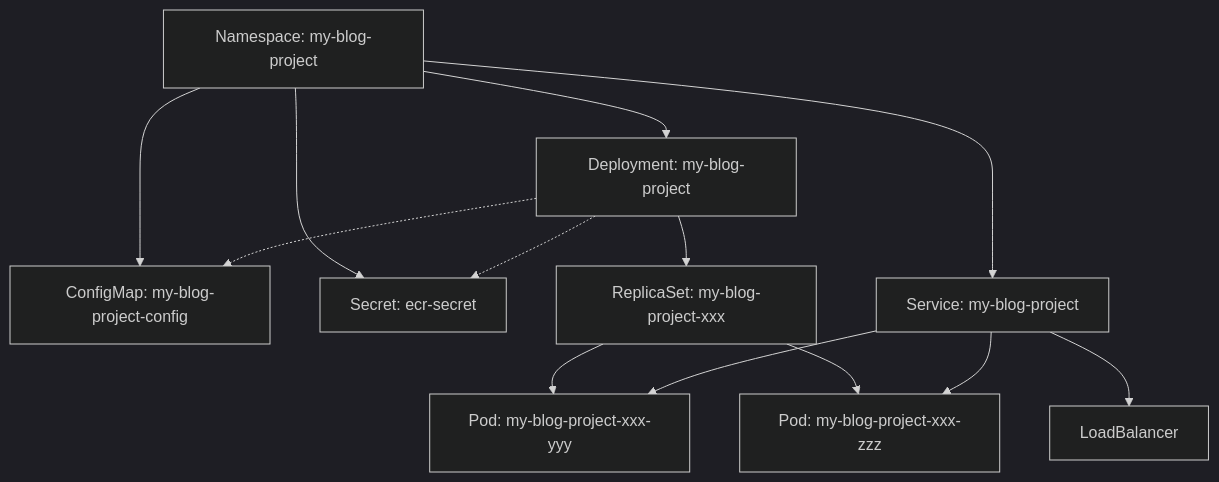
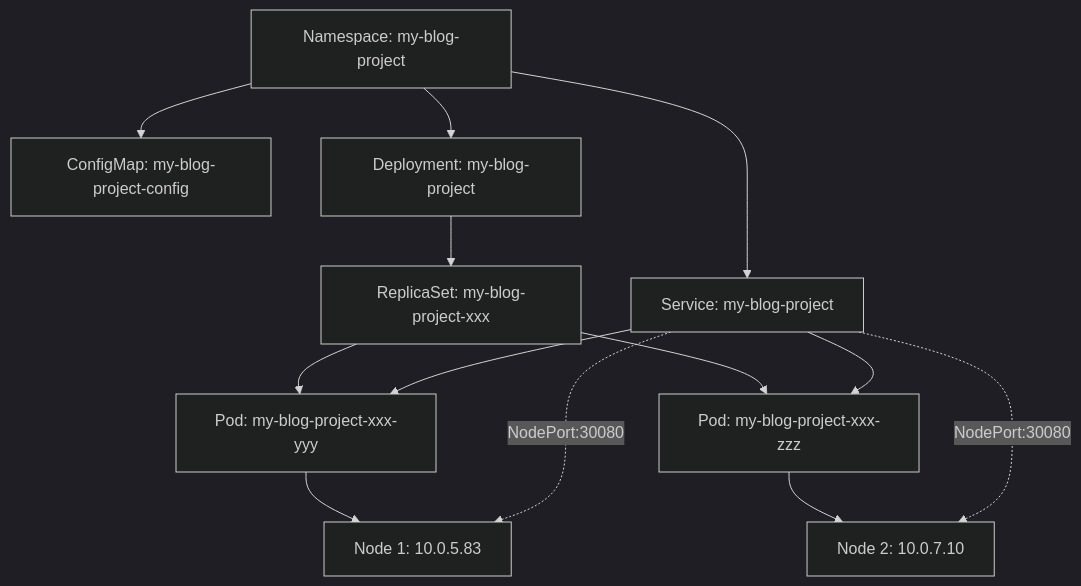
Before and after one commit to jackycsie/PersonalWebSite: the diagram in PROJECT_STRUCTURE.md, drawn with Mermaid (dark theme). The commit also changed other lines of this file and 3 other files, not shown here.

First line of the commit message:
🔄 切換到 NodePort 服務配置

````diff
--- a/PROJECT_STRUCTURE.md
+++ b/PROJECT_STRUCTURE.md
@@ -21,28 +20,29 @@
 ```mermaid
 graph TB
     NS[Namespace: my-blog-project]
     CM[ConfigMap: my-blog-project-config]
-    SEC[Secret: ecr-secret]
     DEP[Deployment: my-blog-project]
     RS[ReplicaSet: my-blog-project-xxx]
     POD1[Pod: my-blog-project-xxx-yyy]
     POD2[Pod: my-blog-project-xxx-zzz]
     SVC[Service: my-blog-project]
-    LB[LoadBalancer]
+    NODE1[Node 1: 10.0.5.83]
+    NODE2[Node 2: 10.0.7.10]
 
     NS --> CM
-    NS --> SEC
     NS --> DEP
     NS --> SVC
     
     DEP --> RS
     RS --> POD1
     RS --> POD2
     
     SVC --> POD1
     SVC --> POD2
-    SVC --> LB
     
-    DEP -.-> SEC
-    DEP -.-> CM
+    POD1 --> NODE1
+    POD2 --> NODE2
+    
+    SVC -.->|NodePort:30080| NODE1
+    SVC -.->|NodePort:30080| NODE2
 ```
````
